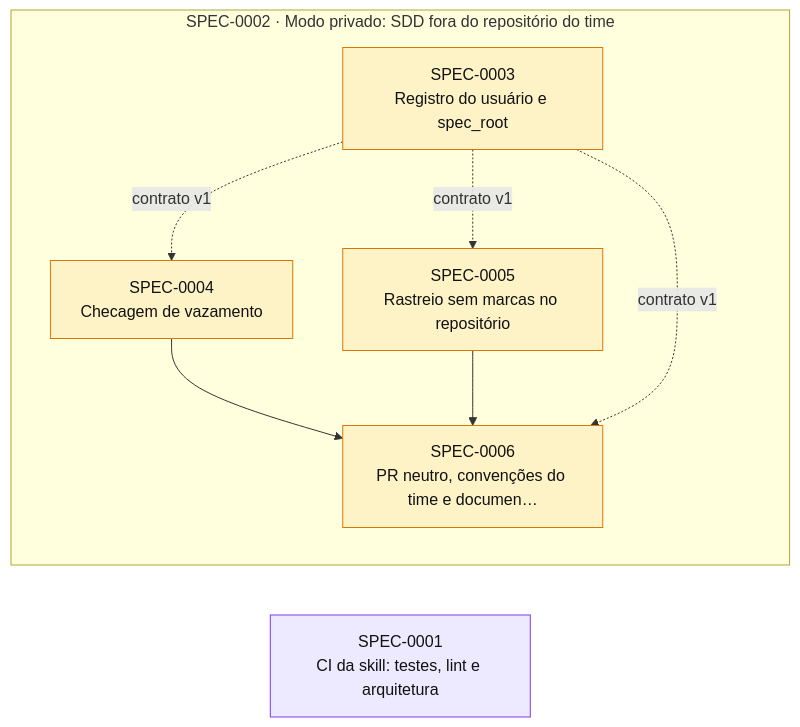
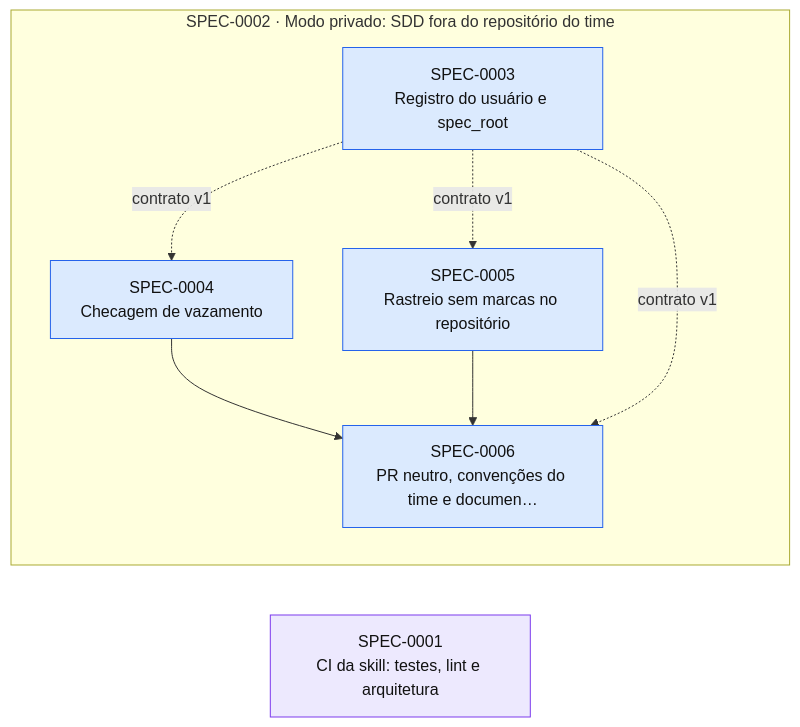
One commit to thomasravache/ai-dev-brain changed the diagram in docs/specs/INDEX.md. Above: the diagram before and after it, drawn with Mermaid. The commit also changed other lines of this file and 6 other files, not shown here.

````diff
--- a/docs/specs/INDEX.md
+++ b/docs/specs/INDEX.md
@@ -54,20 +54,20 @@
 ```mermaid
 flowchart LR
   S0001["SPEC-0001<br/>CI da skill: testes, lint e arquitetura"]:::inprogress
   subgraph E0002["SPEC-0002 · Modo privado: SDD fora do repositório do time"]
-    S0003["SPEC-0003<br/>Registro do usuário e spec_root"]:::proposed
-    S0004["SPEC-0004<br/>Checagem de vazamento"]:::proposed
-    S0005["SPEC-0005<br/>Rastreio sem marcas no repositório"]:::proposed
-    S0006["SPEC-0006<br/>PR neutro, convenções do time e documen…"]:::proposed
+    S0003["SPEC-0003<br/>Registro do usuário e spec_root"]:::approved
+    S0004["SPEC-0004<br/>Checagem de vazamento"]:::approved
+    S0005["SPEC-0005<br/>Rastreio sem marcas no repositório"]:::approved
+    S0006["SPEC-0006<br/>PR neutro, convenções do time e documen…"]:::approved
   end
   S0003 -. contrato v1 .-> S0004
   S0003 -. contrato v1 .-> S0005
   S0004 --> S0006
   S0005 --> S0006
   S0003 -. contrato v1 .-> S0006
   classDef proposed fill:#fef3c7,stroke:#d97706,color:#111
   classDef approved fill:#dbeafe,stroke:#2563eb,color:#111
   classDef inprogress fill:#ede9fe,stroke:#7c3aed,color:#111
   classDef implemented fill:#dcfce7,stroke:#16a34a,color:#111
   classDef deprecated fill:#f3f4f6,stroke:#9ca3af,color:#6b7280
 ```
````
